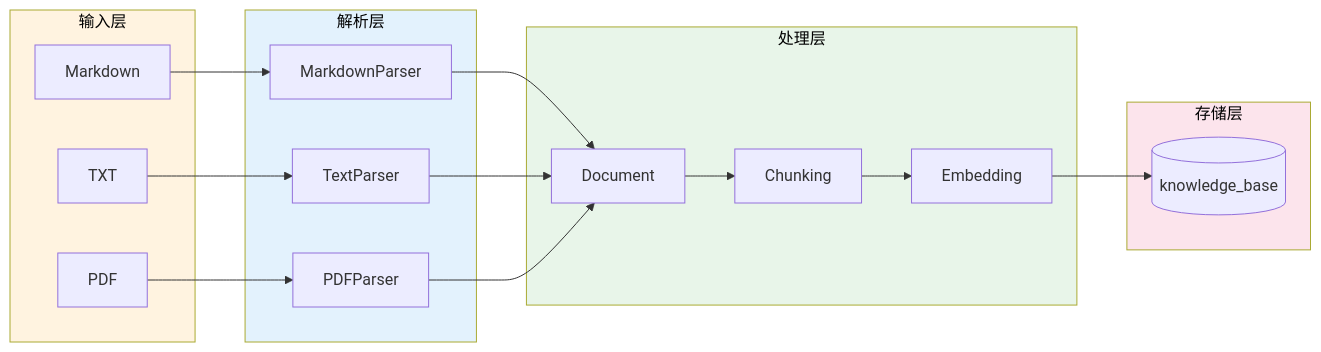
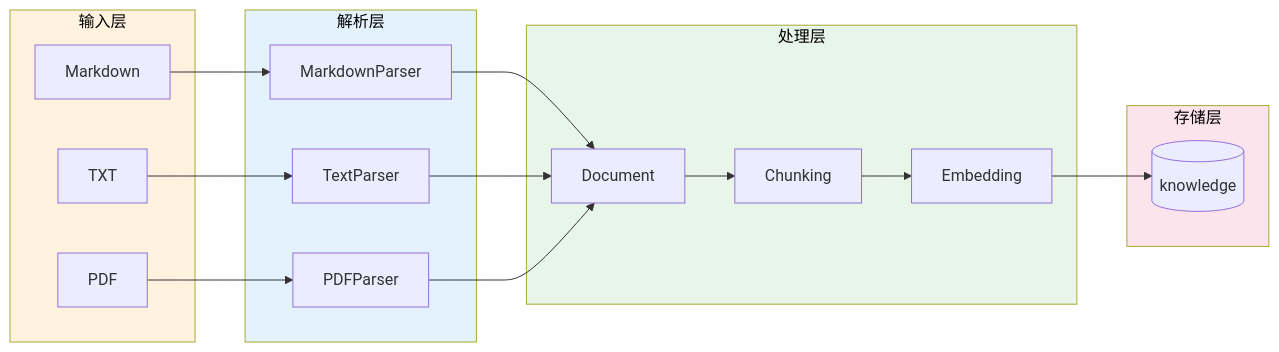
Before and after one commit to ThreeFish-AI/agentic-ai-cognizes: the sixth of 11 diagrams in docs/engine/030-the-perception.md, drawn with Mermaid. The commit also changed other lines of this file, not shown here.

First line of the commit message:
refactor(perception): 重命名 knowledge_base 表为 knowledge;

````diff
--- a/docs/engine/030-the-perception.md
+++ b/docs/engine/030-the-perception.md
@@ -1022,31 +1022,31 @@
 ```mermaid
 flowchart LR
     subgraph Input["输入层"]
         MD[Markdown]
         TXT[TXT]
         PDF[PDF]
     end
 
     subgraph Parse["解析层"]
         MD --> MP[MarkdownParser]
         TXT --> TP[TextParser]
         PDF --> PP[PDFParser]
     end
 
     subgraph Process["处理层"]
         MP --> DOC[Document]
         TP --> DOC
         PP --> DOC
         DOC --> CHUNK[Chunking]
         CHUNK --> EMBED[Embedding]
     end
 
     subgraph Store["存储层"]
-        EMBED --> KB[(knowledge_base)]
+        EMBED --> KB[(knowledge)]
     end
 
     style Input fill:#fff3e0,color:#000
     style Parse fill:#e3f2fd,color:#000
     style Process fill:#e8f5e9,color:#000
     style Store fill:#fce4ec,color:#000
 ```
````
